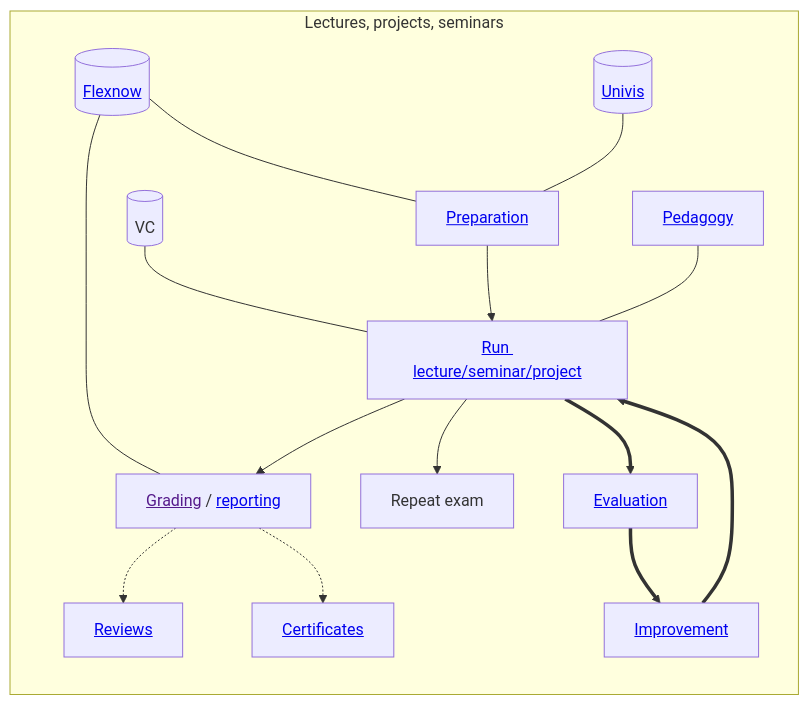
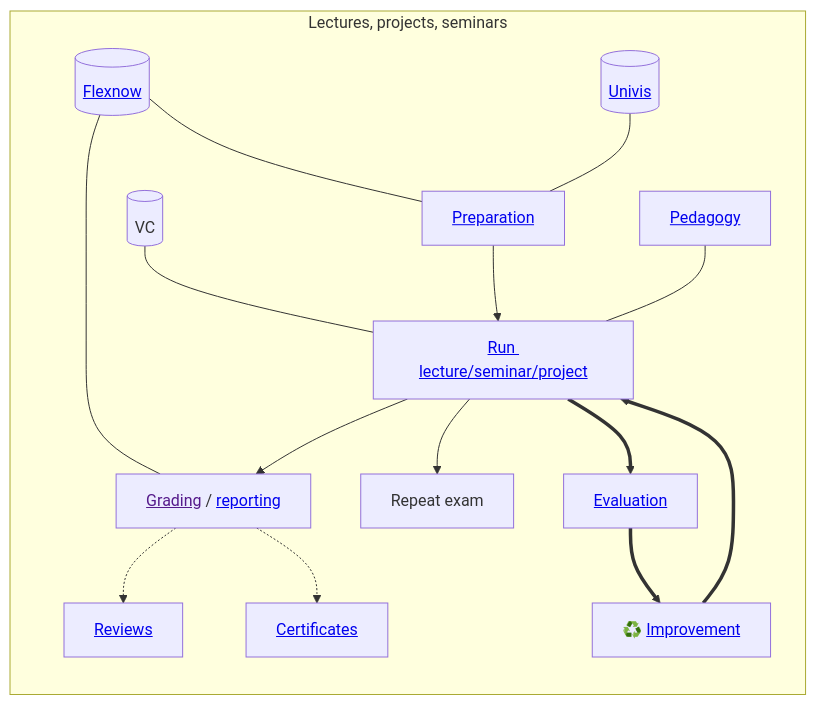
Before and after one commit to digital-work-lab/handbook: the first of 2 diagrams in docs/30-teaching/index.md, drawn with Mermaid. The commit also changed other lines of this file, not shown here.

````diff
--- a/docs/30-teaching/index.md
+++ b/docs/30-teaching/index.md
@@ -13,24 +13,24 @@
 ```mermaid
 flowchart TB
     subgraph main["Lectures, projects, seminars"]
         direction TB
 
         Flexnow[("<a href='30_processes/30.15.flexnow.html'>Flexnow</a>")]
         Flexnow --- Prepare
         Flexnow --- Grade
         Univis[("<a href='30_processes/30.16.univis.html'>Univis</a>")]
         Univis --- Prepare
         VC[(VC)] --- Run
 
         Prepare["<a href='30_processes/30.09.new_modules.html'>Preparation</a>"] --> Run["<a href='30_processes/30.02.courses.html#course-list'>Run lecture/seminar/project</a>"]
         Run --> Grade["<a href=''>Grading</a> / <a href='30_processes/30.20.reports.html'>reporting</a>"]
         Run --> Repeat[Repeat exam]
         Pedagogy["<a href='30_processes/30.07.pedagogy.html'>Pedagogy</a>"] --- Run
         Grade -.-> Reviews["<a href='30_processes/30.60.reviews.html'>Reviews</a>"]
         Grade -.-> Certificates["<a href='30_processes/30.51.certificates.html'>Certificates</a>"]
         Run ==> Evaluate["<a href='30_processes/30.21.evaluations.html'>Evaluation</a>"]
-        Evaluate ==> Improve["<a href='30_processes/30.22.improvements.html'>Improvement</a>"]
+        Evaluate ==> Improve["♻️ <a href='30_processes/30.22.improvements.html'>Improvement</a>"]
         Improve ==> Run
     end
 
 ```
````
